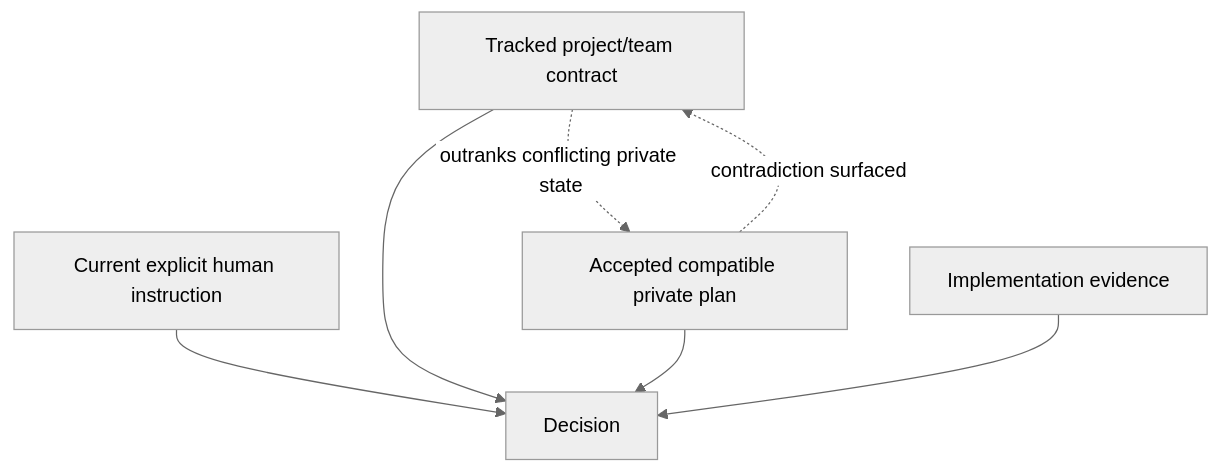
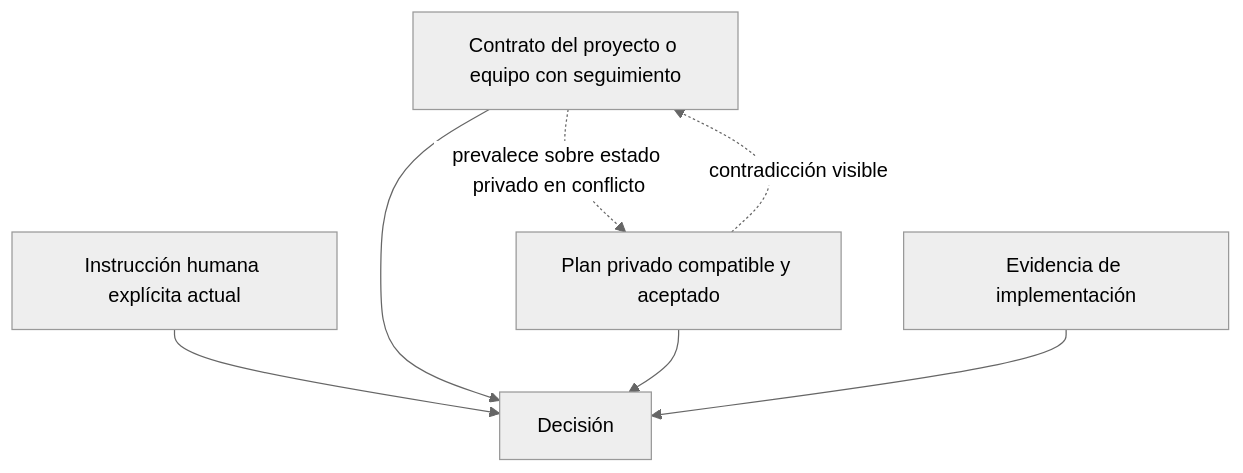
Before and after one commit to der-kaffe/bio-harness: the diagram in docs/private-workspace.md, drawn with Mermaid (neutral theme). The commit also changed other lines of this file and 27 other files, not shown here.

````diff
--- a/docs/private-workspace.md
+++ b/docs/private-workspace.md
@@ -24,9 +24,9 @@
 ```mermaid
 flowchart TD
-    U[Current explicit human instruction] --> D[Decision]
-    T[Tracked project/team contract] --> D
-    A[Accepted compatible private plan] --> D
-    E[Implementation evidence] --> D
-    A -. contradiction surfaced .-> T
-    T -. outranks conflicting private state .-> A
+    U[Instrucción humana explícita actual] --> D[Decisión]
+    T[Contrato del proyecto o equipo con seguimiento] --> D
+    A[Plan privado compatible y aceptado] --> D
+    E[Evidencia de implementación] --> D
+    A -. contradicción visible .-> T
+    T -. prevalece sobre estado privado en conflicto .-> A
 ```
````
